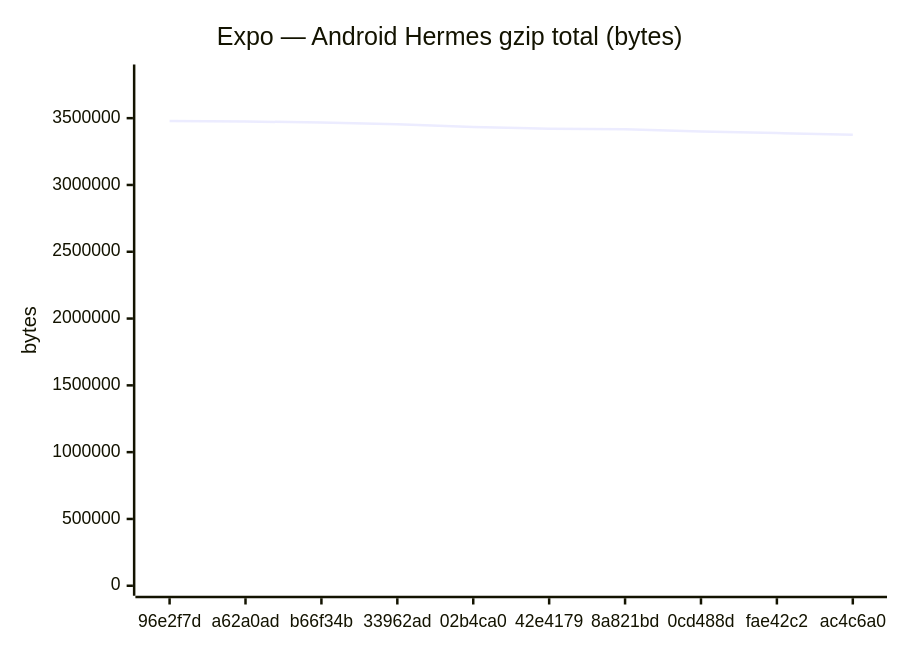
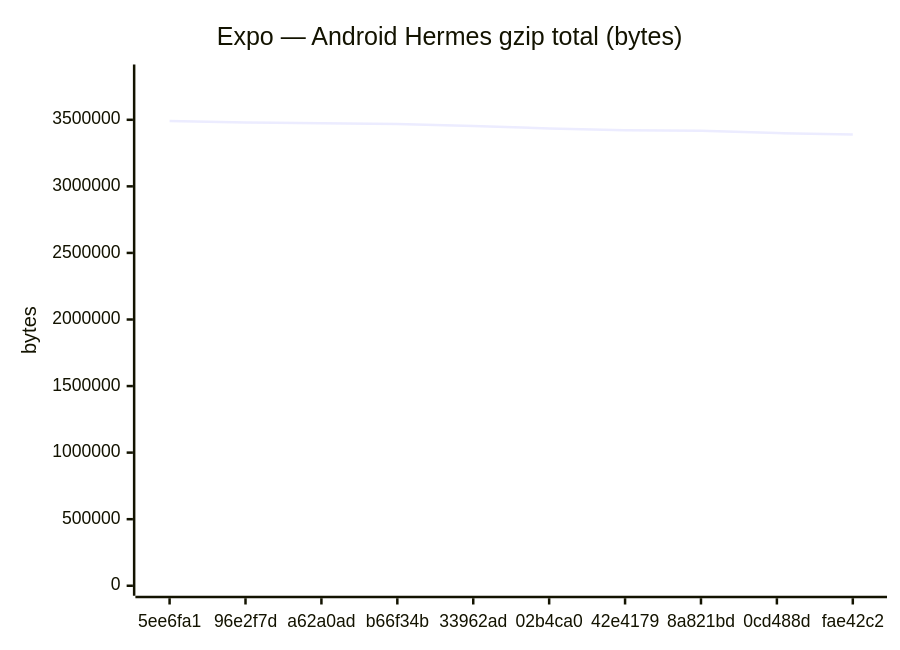
One commit to Metaheurist/Rianell changed the fifth of 18 diagrams in benchmarks/compare.md. Above: the diagram before and after it, drawn with Mermaid. The commit also changed other lines of this file and 11 other files, not shown here.

````diff
--- a/benchmarks/compare.md
+++ b/benchmarks/compare.md
@@ -89,7 +89,7 @@
 ```mermaid
 xychart-beta
     title "Expo — Android Hermes gzip total (bytes)"
-    x-axis ["96e2f7d", "a62a0ad", "b66f34b", "33962ad", "02b4ca0", "42e4179", "8a821bd", "0cd488d", "fae42c2", "ac4c6a0"]
-    y-axis "bytes" 0 --> 3826803
-    line [3478911, 3474606, 3468338, 3454266, 3434635, 3421569, 3417622, 3400545, 3388765, 3375300]
+    x-axis ["5ee6fa1", "96e2f7d", "a62a0ad", "b66f34b", "33962ad", "02b4ca0", "42e4179", "8a821bd", "0cd488d", "fae42c2"]
+    y-axis "bytes" 0 --> 3840223
+    line [3491111, 3478911, 3474606, 3468338, 3454266, 3434635, 3421569, 3417622, 3400545, 3388765]
 ```
````
